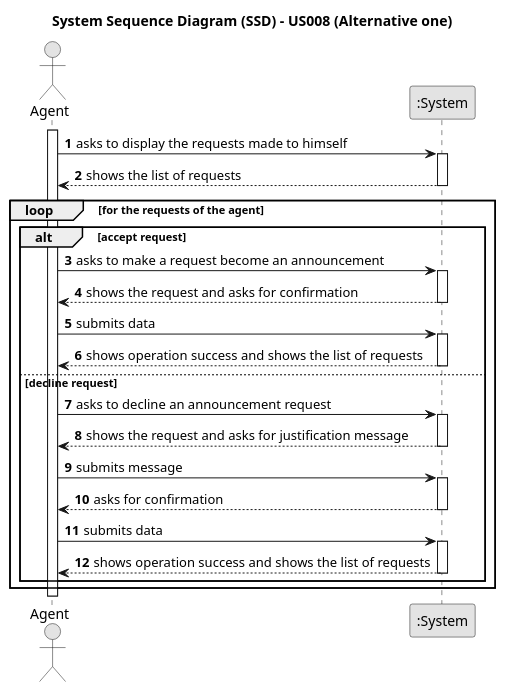
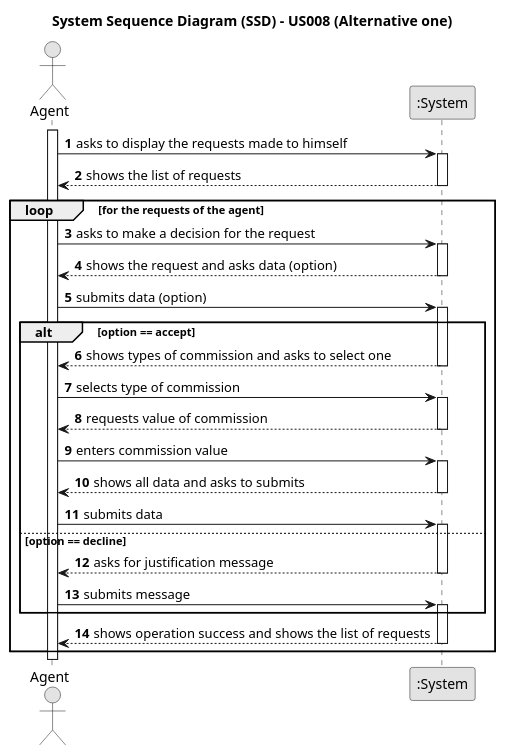
One commit to rita-barbosa/LAPR2-2223 changed the diagram in docs/sprintC/us008/01.requirements-engineering/puml/us008-system-sequence-diagram-alternative-one.puml. Above: the diagram before and after it, drawn with PlantUML.

Commit message:
Update SSD [US008][Requirements Engineering]

```diff
--- a/docs/sprintC/us008/01.requirements-engineering/puml/us008-system-sequence-diagram-alternative-one.puml
+++ b/docs/sprintC/us008/01.requirements-engineering/puml/us008-system-sequence-diagram-alternative-one.puml
@@ -1,75 +1,118 @@
 @startuml
 skinparam monochrome true
 skinparam packageStyle rectangle
 skinparam shadowing false
 
 title System Sequence Diagram (SSD) - US008 (Alternative one)
 
 autonumber
 
 actor "Agent" as Employee
 participant ":System" as System
 
 activate Employee
 
     Employee -> System : asks to display the requests made to himself
     activate System
 
     System --> Employee : shows the list of requests
     deactivate System
 
     loop for the requests of the agent
 
-        alt accept request
-        Employee -> System : asks to make a request become an announcement
+        Employee -> System : asks to make a decision for the request
         activate System
 
-        System --> Employee : shows the request and asks for confirmation
+        System --> Employee : shows the request and asks data (option)
+        deactivate System
+
+        Employee -> System : submits data (option)
+        activate System
+
+        alt option == accept
+
+        System --> Employee : shows types of commission and asks to select one
+        deactivate System
+
+        Employee -> System : selects type of commission
+        activate System
+
+        System --> Employee : requests value of commission
+        deactivate System
+
+        Employee -> System : enters commission value
+        activate System
+
+        System --> Employee : shows all data and asks to submits
         deactivate System
 
         Employee -> System : submits data
         activate System
 
-        System --> Employee : shows operation success and shows the list of requests
-        deactivate System
+        else option == decline
 
-        else decline request
-        Employee -> System : asks to decline an announcement request
-        activate System
-
-        System --> Employee : shows the request and asks for justification message
+        System --> Employee : asks for justification message
         deactivate System
 
         Employee -> System :submits message
         activate System
 
-        System --> Employee : asks for confirmation
-        deactivate System
-
-        Employee -> System : submits data
-        activate System
+        end
 
         System --> Employee : shows operation success and shows the list of requests
         deactivate System
 
-        end
+
+'        alt accept request
+'        Employee -> System : asks to make a request become an announcement
+'        activate System
+'
+'        System --> Employee : shows the request and asks for confirmation
+'        deactivate System
+'
+'        Employee -> System : submits data
+'        activate System
+'
+'        System --> Employee : shows operation success and shows the list of requests
+'        deactivate System
+'
+'        else decline request
+'        Employee -> System : asks to decline an announcement request
+'        activate System
+'
+'        System --> Employee : shows the request and asks for justification message
+'        deactivate System
+'
+'        Employee -> System :submits message
+'        activate System
+'
+'        System --> Employee : asks for confirmation
+'        deactivate System
+'
+'        Employee -> System : submits data
+'        activate System
+'
+'        System --> Employee : shows operation success and shows the list of requests
+'        deactivate System
+'
+'        end
 
 '        opt request
 '
 '        Employee -> System : asks to make a request become an announcement
 '        activate System
 '
 '        System --> Employee : shows the request and asks for confirmation
 '        deactivate System
 '
 '        Employee -> System : submits data
 '        activate System
 '
 '        System --> Employee : shows operation success and shows the list of requests
 '        deactivate System
 '
 '        end
 
     end
 
 @enduml
```
